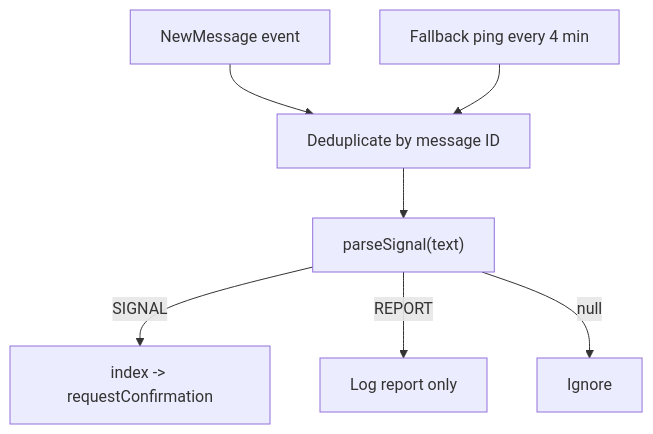
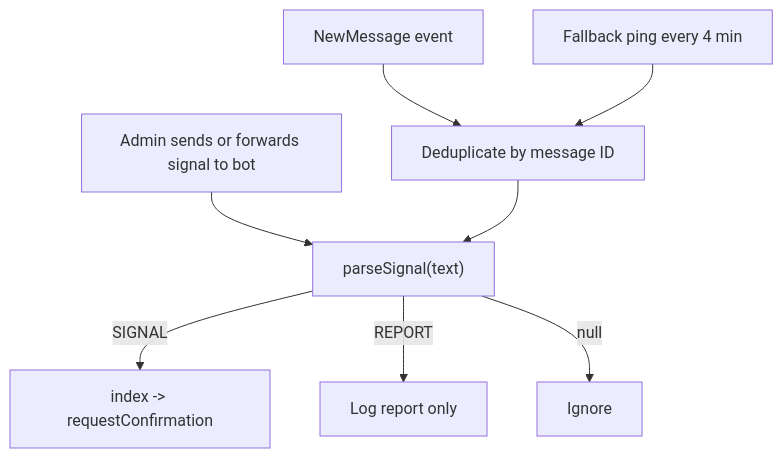
Before and after one commit to SamuiRo/EADrift: the first of 3 diagrams in docs/FLOWS.md, drawn with Mermaid. The commit also changed other lines of this file and 14 other files, not shown here.

````diff
--- a/docs/FLOWS.md
+++ b/docs/FLOWS.md
@@ -21,9 +21,10 @@
 ```mermaid
 flowchart TD
     A["NewMessage event"] --> B["Deduplicate by message ID"]
     P["Fallback ping every 4 min"] --> B
+    M["Admin sends or forwards signal to bot"] --> C
     B --> C["parseSignal(text)"]
     C -->|SIGNAL| D["index -> requestConfirmation"]
     C -->|REPORT| E["Log report only"]
     C -->|null| F["Ignore"]
 ```
````
